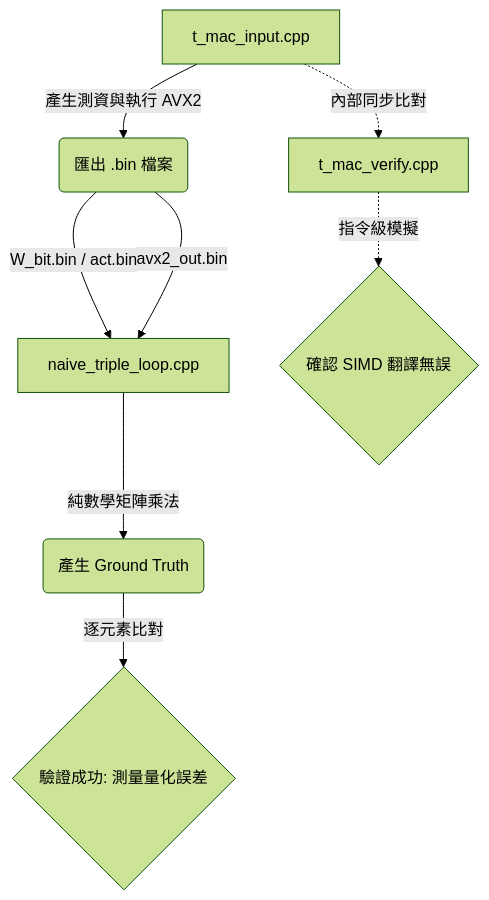
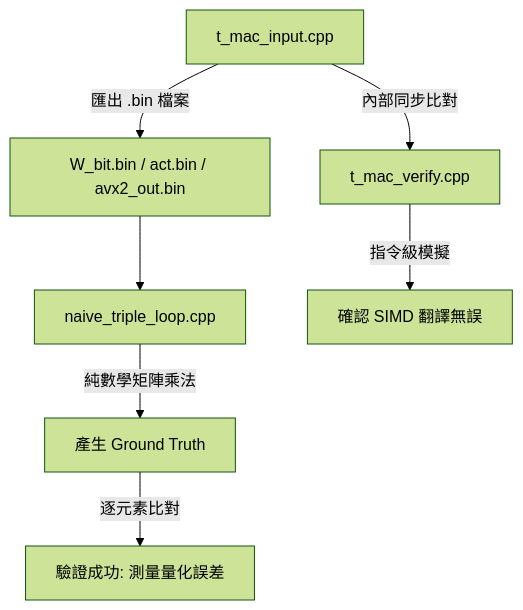
Before and after one commit to HYHwilliam/MKL-becnhmark-and-T-MAC-benchmark: the diagram in verify/Tmac_verify.md, drawn with Mermaid (forest theme). The commit also changed other lines of this file and 4 other files, not shown here.

````diff
--- a/verify/Tmac_verify.md
+++ b/verify/Tmac_verify.md
@@ -50,11 +105,10 @@
 ```mermaid
-flowchart TD
-    A[t_mac_input.cpp] -->|產生測資與執行 AVX2| B(匯出 .bin 檔案)
-    B -->|W_bit.bin / act.bin| C[naive_triple_loop.cpp]
-    B -->|avx2_out.bin| C
-    C -->|純數學矩陣乘法| D(產生 Ground Truth)
-    D -->|逐元素比對| E{驗證成功: 測量量化誤差}
-
-    A -.->|內部同步比對| F[t_mac_verify.cpp]
-    F -.->|指令級模擬| G{確認 SIMD 翻譯無誤}
+graph TD
+    A[t_mac_input.cpp] -->|匯出 .bin 檔案| B[W_bit.bin / act.bin / avx2_out.bin]
+    B --> C[naive_triple_loop.cpp]
+    C -->|純數學矩陣乘法| D[產生 Ground Truth]
+    D -->|逐元素比對| E[驗證成功: 測量量化誤差]
+    
+    A -->|內部同步比對| F[t_mac_verify.cpp]
+    F -->|指令級模擬| G[確認 SIMD 翻譯無誤]
 ```
````
